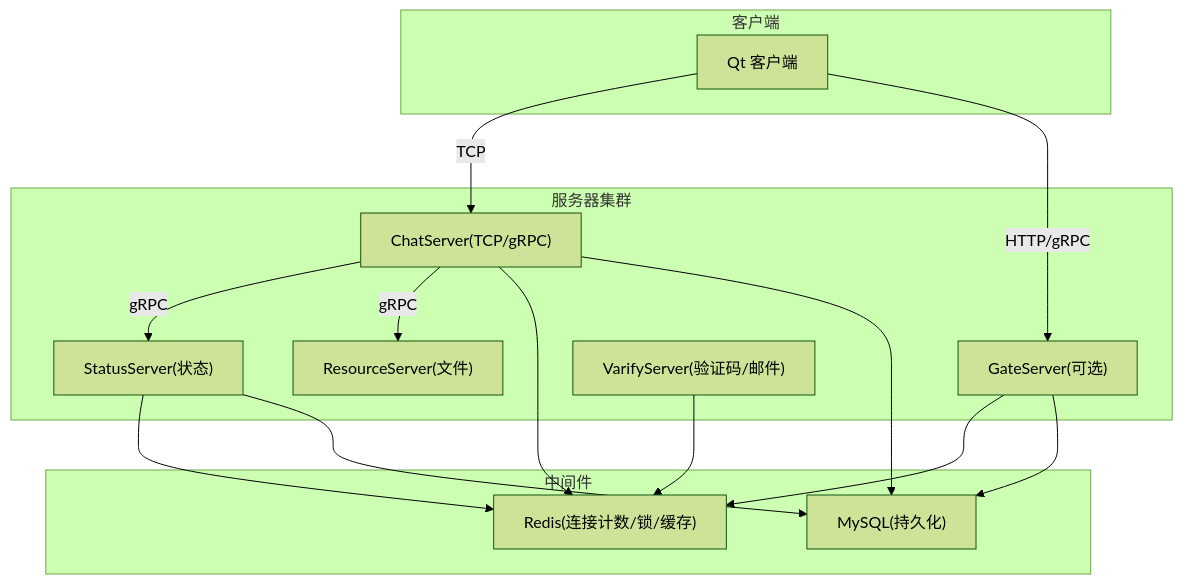
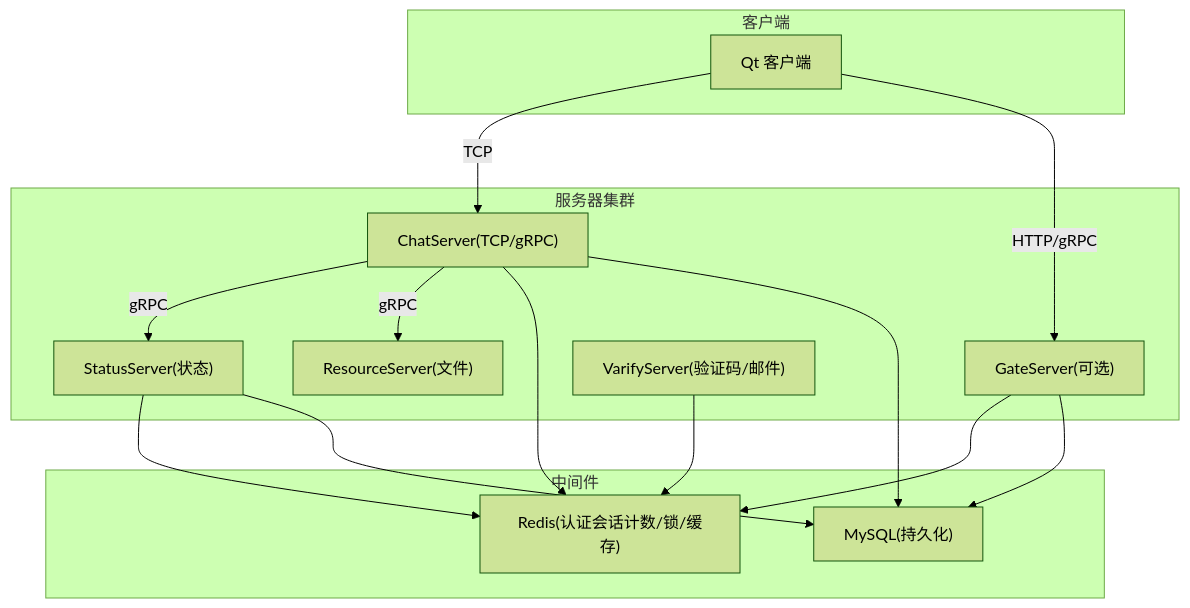
The first of 6 diagrams in .qoder/repowiki/zh/content/性能优化/性能监控与分析.md (echo9923/mychatter), drawn with Mermaid (forest theme) before and after one commit. The commit also changed other lines of this file and 107 other files, not shown here.

````diff
--- a/.qoder/repowiki/zh/content/性能优化/性能监控与分析.md
+++ b/.qoder/repowiki/zh/content/性能优化/性能监控与分析.md
@@ -45,28 +53,28 @@
 ```mermaid
 graph TB
 subgraph "客户端"
 Client["Qt 客户端"]
 end
 subgraph "服务器集群"
 Gate["GateServer(可选)"]
 Chat["ChatServer(TCP/gRPC)"]
 Resource["ResourceServer(文件)"]
 Status["StatusServer(状态)"]
 Verify["VarifyServer(验证码/邮件)"]
 end
 subgraph "中间件"
-Redis["Redis(连接计数/锁/缓存)"]
+Redis["Redis(认证会话计数/锁/缓存)"]
 MySQL["MySQL(持久化)"]
 end
 Client --> |TCP| Chat
 Client --> |HTTP/gRPC| Gate
 Chat --> |gRPC| Status
 Chat --> |gRPC| Resource
 Chat --> Redis
 Chat --> MySQL
 Gate --> Redis
 Gate --> MySQL
 Status --> Redis
 Status --> MySQL
 Verify --> Redis
 ```
````
